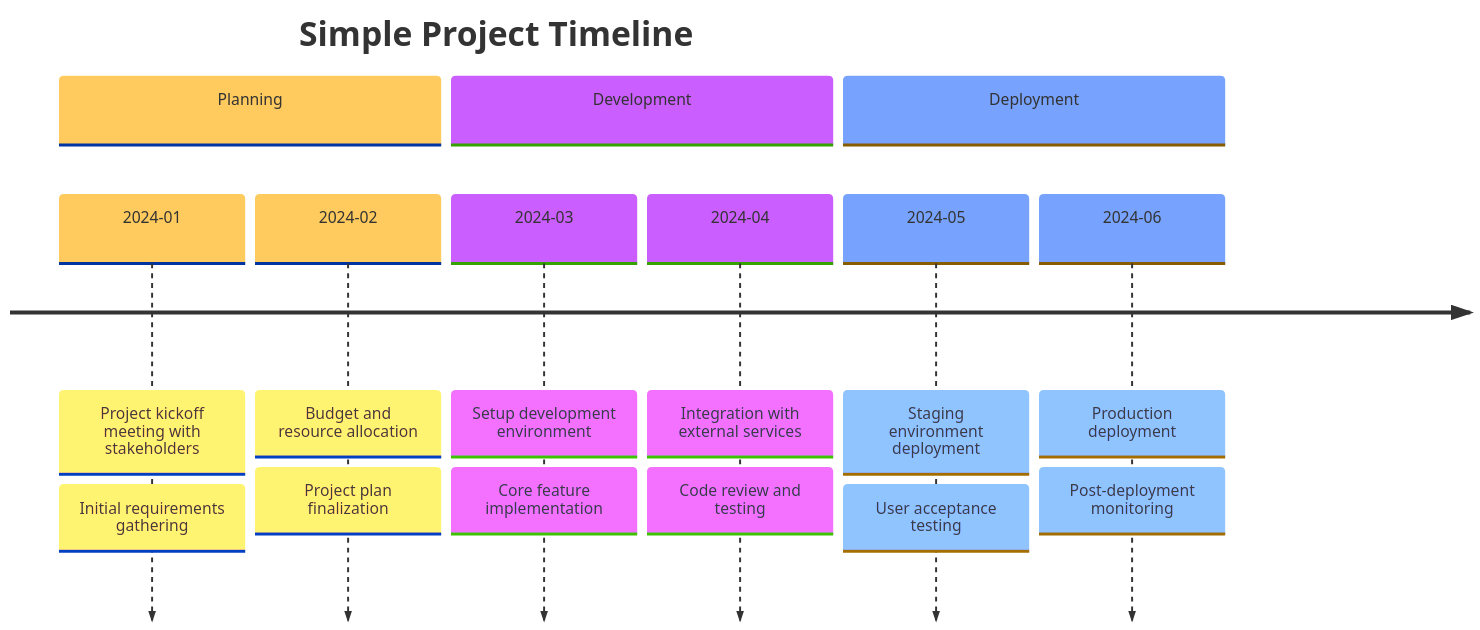
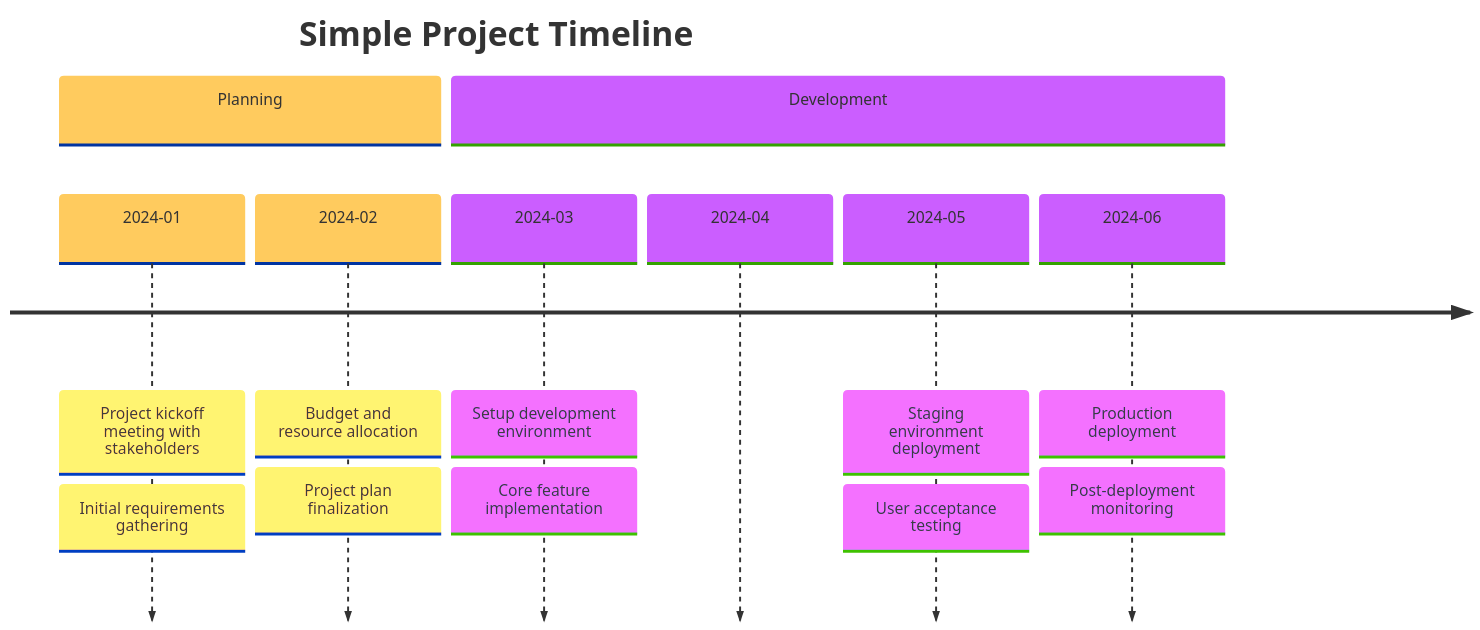
Before and after one commit to TyphonHill/go-mermaid: the diagram in examples/timelines/simple_timeline_diagram/README.md, drawn with Mermaid. The commit also changed 3 other files, not shown here.

````diff
--- a/examples/timelines/simple_timeline_diagram/README.md
+++ b/examples/timelines/simple_timeline_diagram/README.md
@@ -1,21 +1,24 @@
 ```mermaid
 %%{init: { 'theme': 'base', 'timeline': {'disableMulticolor': true}}}%%
 timeline
 	title Simple Project Timeline
 	section Planning
-		2024-01 		: Project kickoff meeting with stakeholders
+		2024-01
+		: Project kickoff meeting with stakeholders
 		: Initial requirements gathering
-		2024-02 		: Budget and resource allocation
+		2024-02
+		: Budget and resource allocation
 		: Project plan finalization
 	section Development
-		2024-03 		: Setup development environment
+		2024-03
+		: Setup development environment
 		: Core feature implementation
-		2024-04 		: Integration with external services
-		: Code review and testing
-	section Deployment
-		2024-05 		: Staging environment deployment
+		2024-04
+		2024-05
+		: Staging environment deployment
 		: User acceptance testing
-		2024-06 		: Production deployment
+		2024-06
+		: Production deployment
 		: Post-deployment monitoring
 
 ```
````
